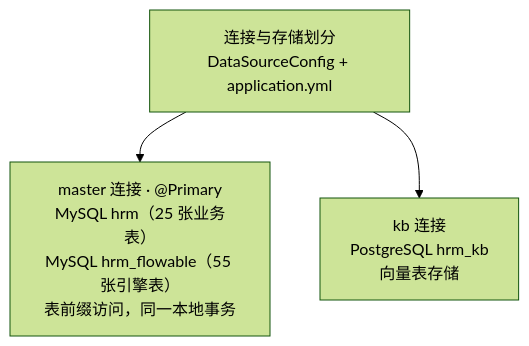
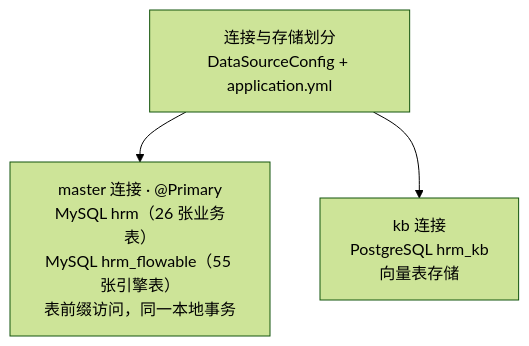
The first of 2 diagrams in docs/note/15-Flowable流程实现.md (quuuuj/hrm), drawn with Mermaid (forest theme) before and after one commit. The commit also changed 15 other files, not shown here.

````diff
--- a/docs/note/15-Flowable流程实现.md
+++ b/docs/note/15-Flowable流程实现.md
@@ -65,6 +65,6 @@
 ```mermaid
 flowchart TD
     Sources["连接与存储划分<br/>DataSourceConfig + application.yml"]
-    Sources --> Master["master 连接 · @Primary<br/>MySQL hrm（25 张业务表）<br/>MySQL hrm_flowable（55 张引擎表）<br/>表前缀访问，同一本地事务"]
+    Sources --> Master["master 连接 · @Primary<br/>MySQL hrm（26 张业务表）<br/>MySQL hrm_flowable（55 张引擎表）<br/>表前缀访问，同一本地事务"]
     Sources --> Kb["kb 连接<br/>PostgreSQL hrm_kb<br/>向量表存储"]
 ```
````
